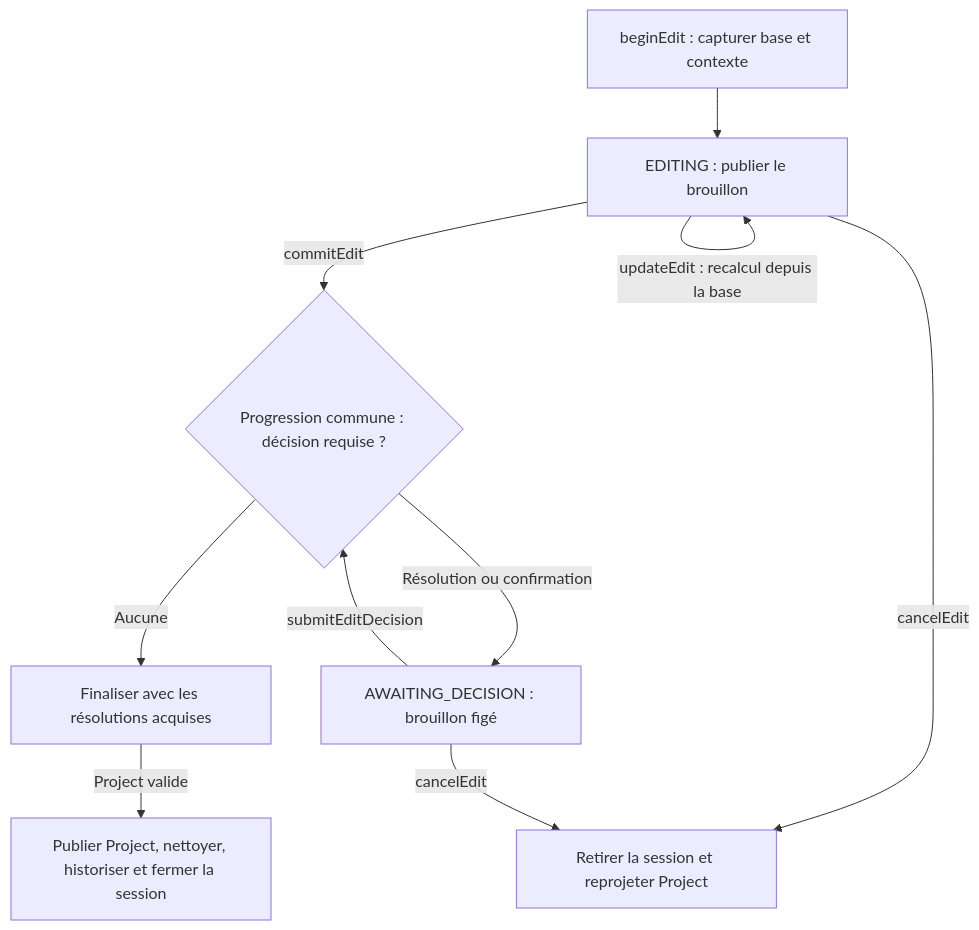
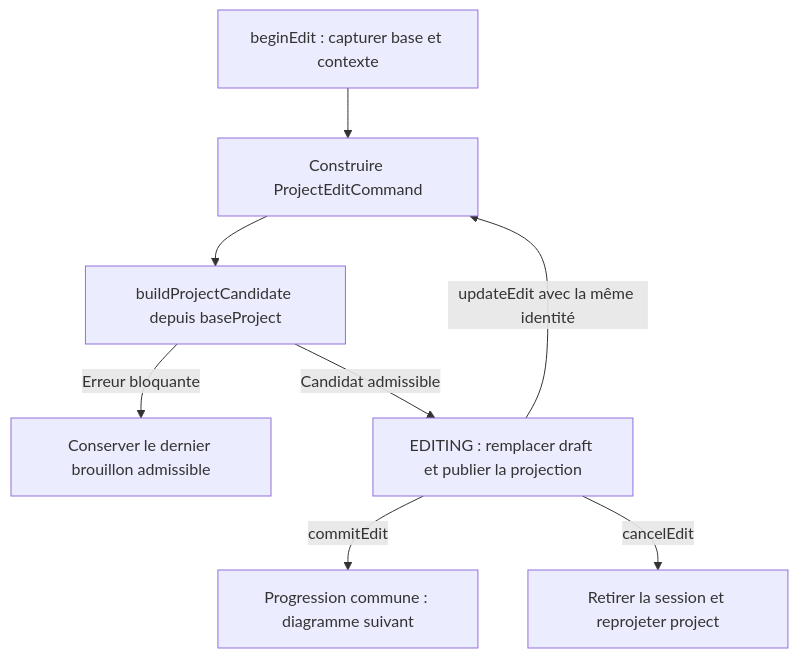
The third of 7 diagrams in architecture.md (LucasBertrand/pianola-doc), drawn with Mermaid before and after one commit. The commit also changed other lines of this file and 1 other file, not shown here.

Commit message:
docs: harden edit sessions and expand lifecycle diagrams

````diff
--- a/architecture.md
+++ b/architecture.md
@@ -951,12 +958,10 @@
 ```mermaid
 flowchart TD
-    Begin["beginEdit : capturer base et contexte"] --> Draft["EDITING : publier le brouillon"]
-    Draft -->|updateEdit : recalcul depuis la base| Draft
-    Draft -->|commitEdit| Advance{"Progression commune : décision requise ?"}
-    Advance -->|Résolution ou confirmation| Wait["AWAITING_DECISION : brouillon figé"]
-    Wait -->|submitEditDecision| Advance
-    Advance -->|Aucune| Finalize["Finaliser avec les résolutions acquises"]
-    Finalize -->|Project valide| Commit["Publier Project, nettoyer, historiser et fermer la session"]
-    Draft -->|cancelEdit| Cancel["Retirer la session et reprojeter Project"]
-    Wait -->|cancelEdit| Cancel
+    Begin["beginEdit : capturer base et contexte"] --> Command["Construire ProjectEditCommand"]
+    Command --> Build["buildProjectCandidate depuis baseProject"]
+    Build -->|Erreur bloquante| Reject["Conserver le dernier brouillon admissible"]
+    Build -->|Candidat admissible| Draft["EDITING : remplacer draft et publier la projection"]
+    Draft -->|updateEdit avec la même identité| Command
+    Draft -->|commitEdit| Progress["Progression commune : diagramme suivant"]
+    Draft -->|cancelEdit| Cancel["Retirer la session et reprojeter project"]
 ```
````
